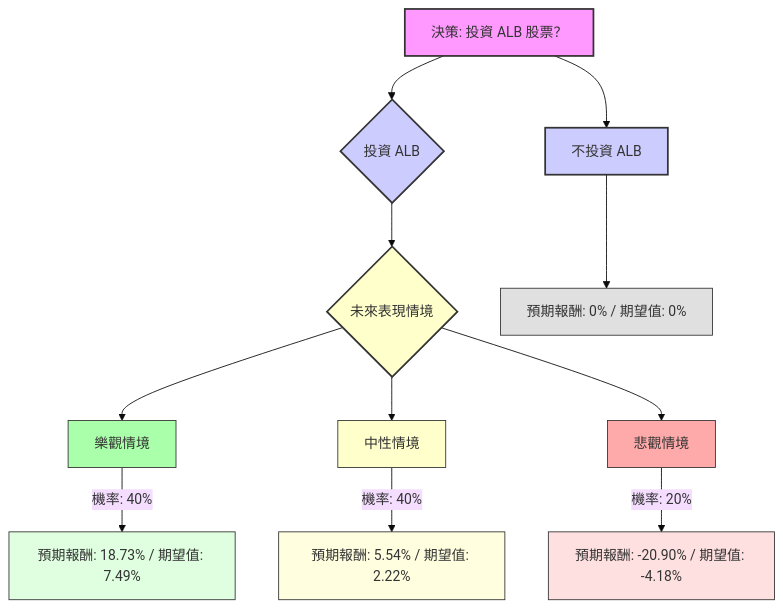
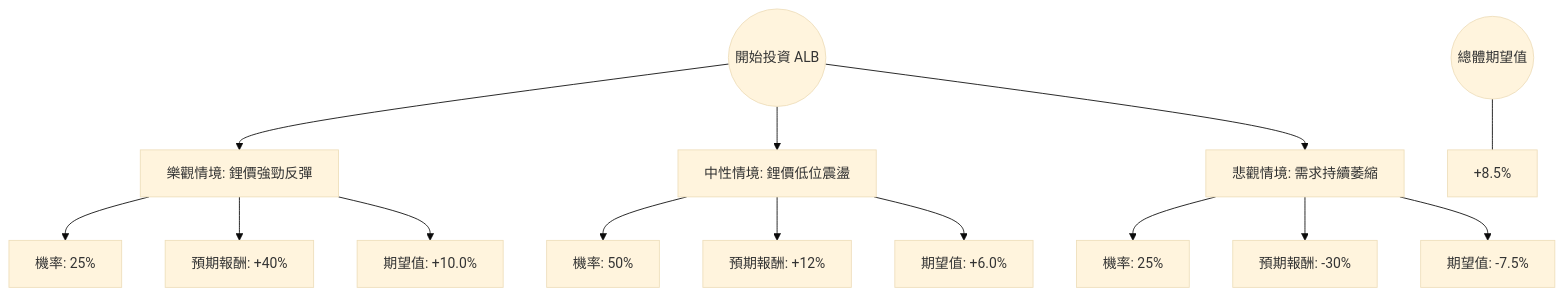
Before and after one commit to zmcx16/zmcx16.github.io: the diagram in plugin-react/ai-analysis/ev-analysis/ALB.md, drawn with Mermaid (base theme). The commit also changed other lines of this file and 76 other files, not shown here.

````diff
--- a/plugin-react/ai-analysis/ev-analysis/ALB.md
+++ b/plugin-react/ai-analysis/ev-analysis/ALB.md
@@ -52,30 +22,20 @@
 ```mermaid
 graph TD
-    A[決策: 投資 ALB 股票？] --> B{投資 ALB}
-    A --> C[不投資 ALB]
+    Start((開始投資 ALB)) --> Bull[樂觀情境: 鋰價強勁反彈]
+    Start --> Base[中性情境: 鋰價低位震盪]
+    Start --> Bear[悲觀情境: 需求持續萎縮]
 
-    B --> D{未來表現情境}
+    Bull --> Bull_P[機率: 25%]
+    Bull --> Bull_R[預期報酬: +40%]
+    Bull --> Bull_EV[期望值: +10.0%]
 
-    D --> D1[樂觀情境]
-    D1 -- 機率: 40% --> D1_EV[預期報酬: 18.73% / 期望值: 7.49%]
+    Base --> Base_P[機率: 50%]
+    Base --> Base_R[預期報酬: +12%]
+    Base --> Base_EV[期望值: +6.0%]
 
-    D --> D2[中性情境]
-    D2 -- 機率: 40% --> D2_EV[預期報酬: 5.54% / 期望值: 2.22%]
+    Bear --> Bear_P[機率: 25%]
+    Bear --> Bear_R[預期報酬: -30%]
+    Bear --> Bear_EV[期望值: -7.5%]
 
-    D --> D3[悲觀情境]
-    D3 -- 機率: 20% --> D3_EV[預期報酬: -20.90% / 期望值: -4.18%]
-
-    C --> C_EV[預期報酬: 0% / 期望值: 0%]
-
-    style A fill:#f9f,stroke:#333,stroke-width:2px
-    style B fill:#ccf,stroke:#333,stroke-width:2px
-    style C fill:#ccf,stroke:#333,stroke-width:2px
-    style D fill:#ffc,stroke:#333,stroke-width:2px
-    style D1 fill:#afa,stroke:#333,stroke-width:1px
-    style D2 fill:#ffc,stroke:#333,stroke-width:1px
-    style D3 fill:#faa,stroke:#333,stroke-width:1px
-    style D1_EV fill:#e0ffe0,stroke:#333,stroke-width:1px
-    style D2_EV fill:#ffffe0,stroke:#333,stroke-width:1px
-    style D3_EV fill:#ffe0e0,stroke:#333,stroke-width:1px
-    style C_EV fill:#e0e0e0,stroke:#333,stroke-width:1px
+    Final((總體期望值)) --- Result[+8.5%]
 ```
````
